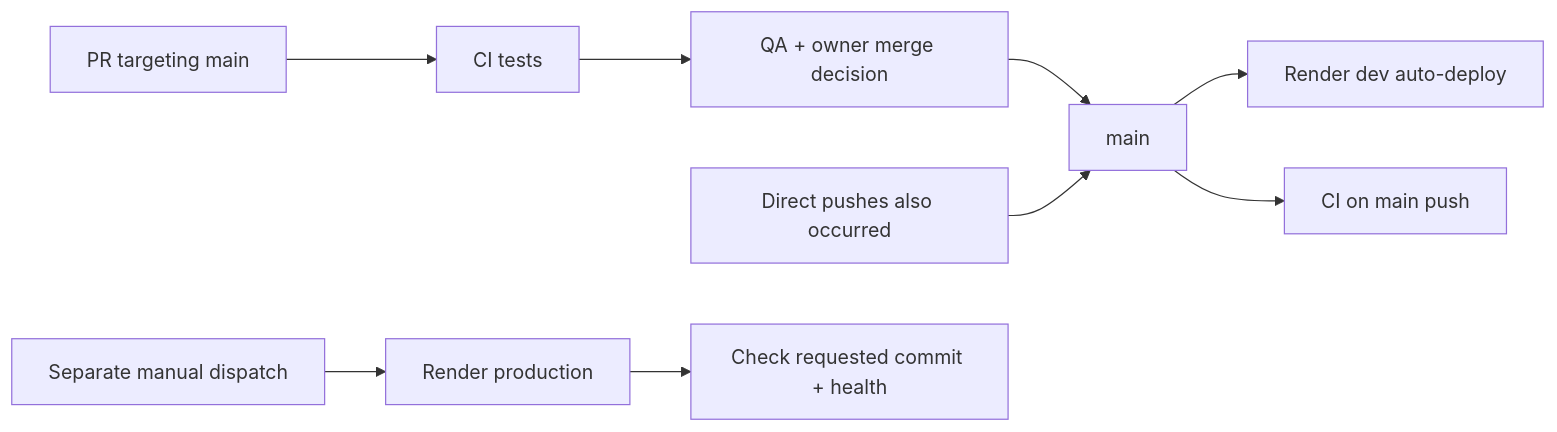
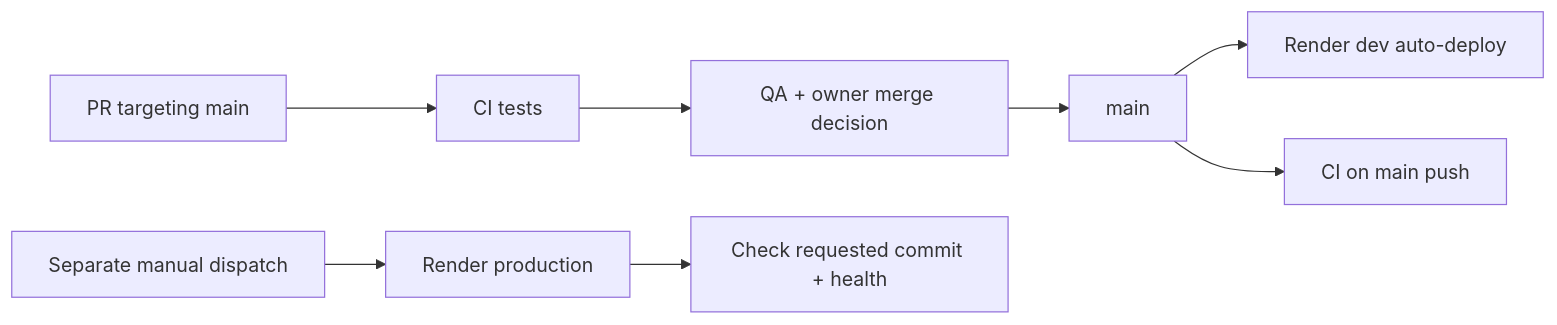
The fourth of 6 diagrams in docs/reviewer-guide.md (alexisdacquay/sail-event), drawn with Mermaid before and after one commit. The commit also changed other lines of this file and 22 other files, not shown here.

````diff
--- a/docs/reviewer-guide.md
+++ b/docs/reviewer-guide.md
@@ -464,11 +415,10 @@
 ```mermaid
 flowchart LR
   PR[PR targeting main] --> CI[CI tests]
   CI --> Review[QA + owner merge decision]
   Review --> Main[main]
-  Direct[Direct pushes also occurred] --> Main
   Main --> Dev[Render dev auto-deploy]
   Main --> MainCI[CI on main push]
   Manual[Separate manual dispatch] --> Prod[Render production]
   Prod --> Health[Check requested commit + health]
 ```
````
